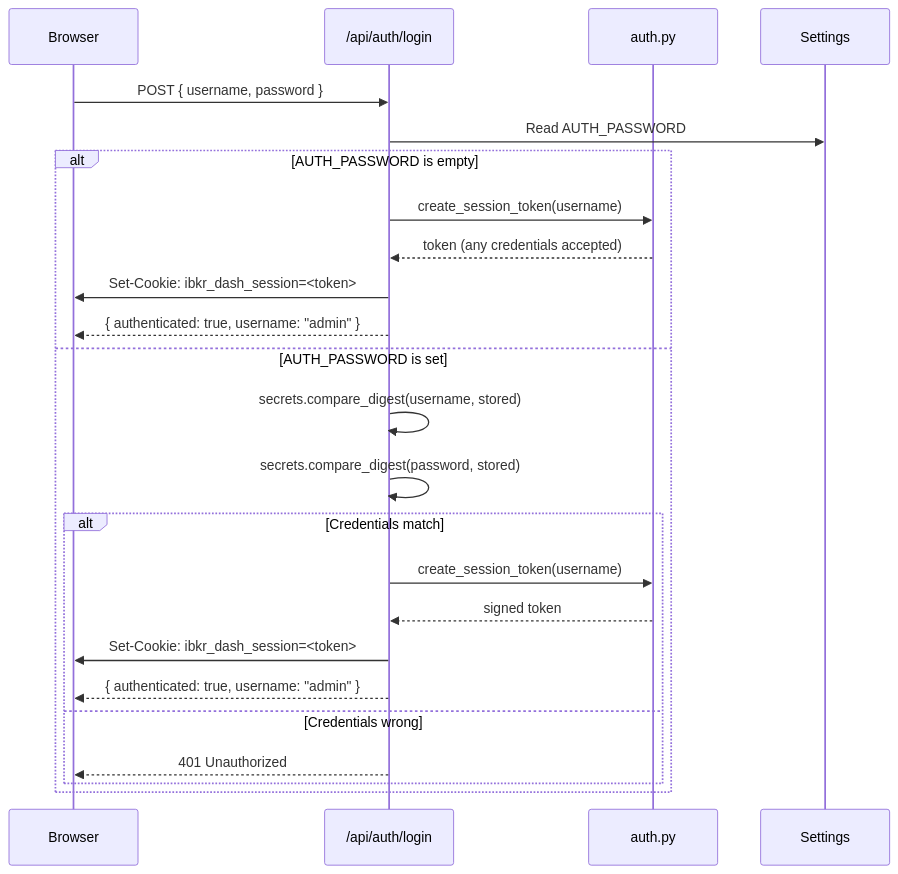
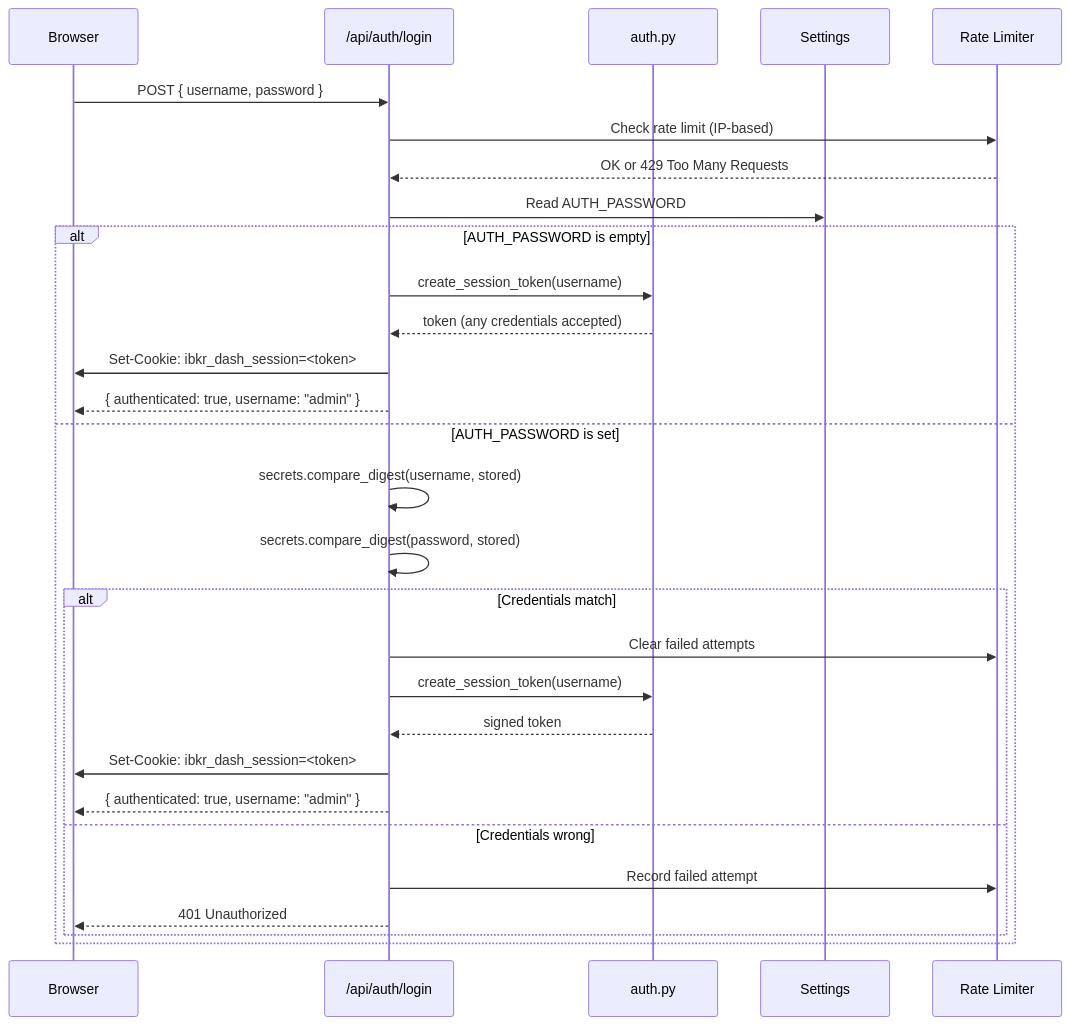
One commit to XUranus/ibkr-dash changed the first of 2 diagrams in docs/docs/backend/auth.md. Above: the diagram before and after it, drawn with Mermaid. The commit also changed other lines of this file and 152 other files, not shown here.

````diff
--- a/docs/docs/backend/auth.md
+++ b/docs/docs/backend/auth.md
@@ -15,28 +15,33 @@
 ```mermaid
 sequenceDiagram
     participant Browser
     participant API as /api/auth/login
     participant Auth as auth.py
     participant DB as Settings
+    participant RateLimit as Rate Limiter
 
     Browser->>API: POST { username, password }
+    API->>RateLimit: Check rate limit (IP-based)
+    RateLimit-->>API: OK or 429 Too Many Requests
     API->>DB: Read AUTH_PASSWORD
 
     alt AUTH_PASSWORD is empty
         API->>Auth: create_session_token(username)
         Auth-->>API: token (any credentials accepted)
         API->>Browser: Set-Cookie: ibkr_dash_session=<token>
         API-->>Browser: { authenticated: true, username: "admin" }
     else AUTH_PASSWORD is set
         API->>API: secrets.compare_digest(username, stored)
         API->>API: secrets.compare_digest(password, stored)
         alt Credentials match
+            API->>RateLimit: Clear failed attempts
             API->>Auth: create_session_token(username)
             Auth-->>API: signed token
             API->>Browser: Set-Cookie: ibkr_dash_session=<token>
             API-->>Browser: { authenticated: true, username: "admin" }
         else Credentials wrong
+            API->>RateLimit: Record failed attempt
             API-->>Browser: 401 Unauthorized
         end
     end
 ```
````
